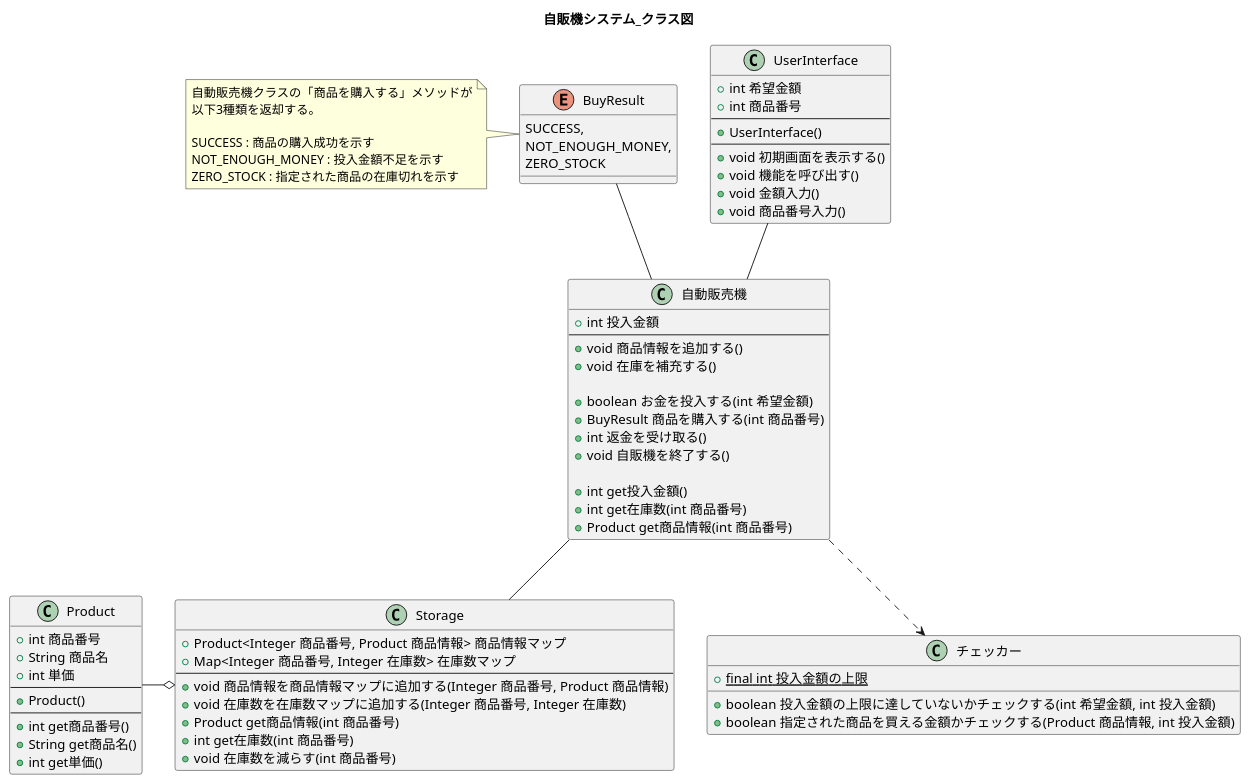
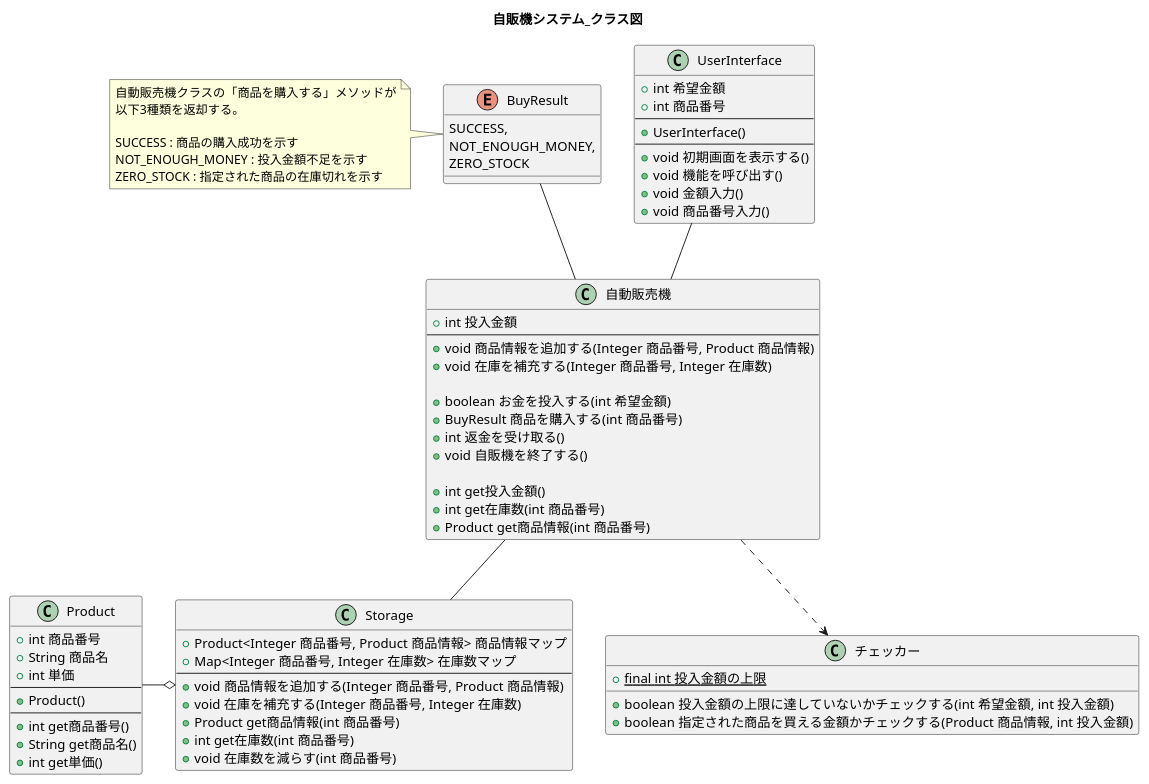
The diagram in UML_class_sequence/VendingMachine_classDiag.puml (W-Nakayama-24/VendingMachine_CUI), drawn with PlantUML before and after one commit. The commit also changed 1 other file, not shown here.

```diff
--- a/UML_class_sequence/VendingMachine_classDiag.puml
+++ b/UML_class_sequence/VendingMachine_classDiag.puml
@@ -1,88 +1,88 @@
 @startuml
 title 自販機システム_クラス図
 
 
 UserInterface -- 自動販売機
 自動販売機 -- Storage
 自動販売機 ..> チェッカー
 BuyResult -- 自動販売機
 Product -o Storage
 
 
 class UserInterface {
     +int 希望金額
     +int 商品番号
     --
     +UserInterface()
     --
     +void 初期画面を表示する()
     +void 機能を呼び出す()
     +void 金額入力()
     +void 商品番号入力() 
     /'
     1,2,3,9以外ならここでfalseを返し、エラーメッセージ00を表示
     '/
 }
 
 class 自動販売機 {
     +int 投入金額
     --
-    +void 商品情報を追加する()
-    +void 在庫を補充する()
+    +void 商品情報を追加する(Integer 商品番号, Product 商品情報)
+    +void 在庫を補充する(Integer 商品番号, Integer 在庫数)
 
     +boolean お金を投入する(int 希望金額)
     +BuyResult 商品を購入する(int 商品番号)
     +int 返金を受け取る()
     +void 自販機を終了する()
 
     +int get投入金額()
     +int get在庫数(int 商品番号)
     +Product get商品情報(int 商品番号)
 }
 
 enum BuyResult {
     SUCCESS,
     NOT_ENOUGH_MONEY,
     ZERO_STOCK
 }
 
 note left of BuyResult
 自動販売機クラスの「商品を購入する」メソッドが
 以下3種類を返却する。
 
 SUCCESS : 商品の購入成功を示す
 NOT_ENOUGH_MONEY : 投入金額不足を示す
 ZERO_STOCK : 指定された商品の在庫切れを示す
 end note
 
 
 class チェッカー{
     +{static}final int 投入金額の上限
     +boolean 投入金額の上限に達していないかチェックする(int 希望金額, int 投入金額)
     +boolean 指定された商品を買える金額かチェックする(Product 商品情報, int 投入金額)
 }
 
 class Storage {
     +Product<Integer 商品番号, Product 商品情報> 商品情報マップ
     +Map<Integer 商品番号, Integer 在庫数> 在庫数マップ
     --
-    +void 商品情報を商品情報マップに追加する(Integer 商品番号, Product 商品情報)
-    +void 在庫数を在庫数マップに追加する(Integer 商品番号, Integer 在庫数)
+    +void 商品情報を追加する(Integer 商品番号, Product 商品情報)
+    +void 在庫を補充する(Integer 商品番号, Integer 在庫数)
     +Product get商品情報(int 商品番号)
     +int get在庫数(int 商品番号)
     +void 在庫数を減らす(int 商品番号)
 }
 
 class Product {
     +int 商品番号
     +String 商品名
     +int 単価
     --
     +Product()
     --
     +int get商品番号()
     +String get商品名()
     +int get単価()
 }
 
 @enduml
```
